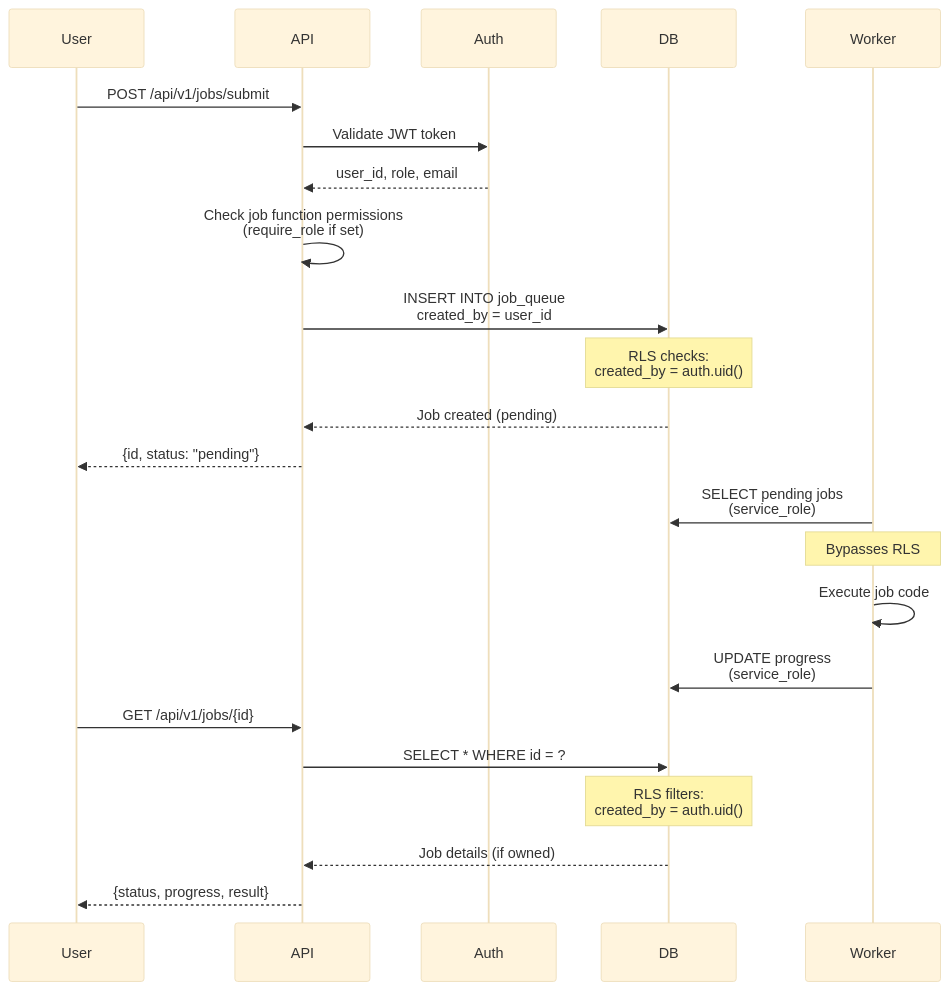
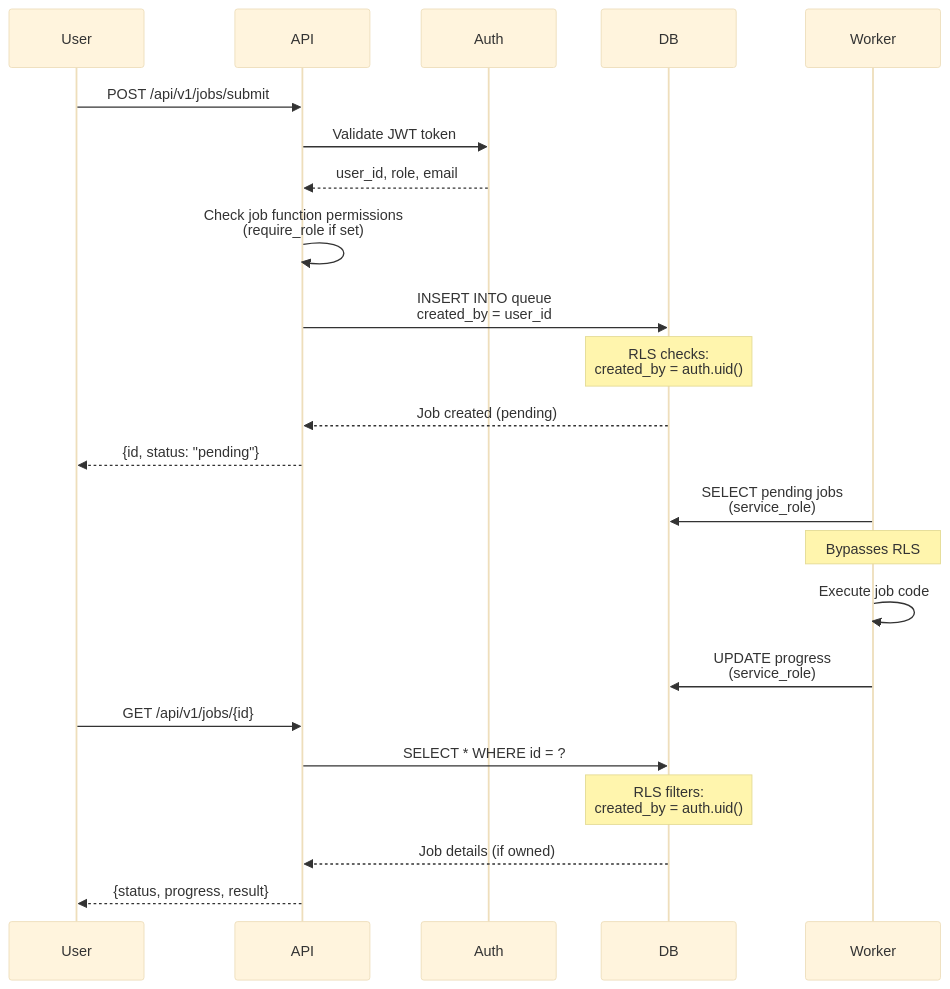
One commit to wayli-app/fluxbase changed the sixth of 6 diagrams in docs/docs/guides/jobs.md. Above: the diagram before and after it, drawn with Mermaid (base theme). The commit also changed other lines of this file and 88 other files, not shown here.

````diff
--- a/docs/docs/guides/jobs.md
+++ b/docs/docs/guides/jobs.md
@@ -776,28 +776,28 @@
 ```mermaid
 sequenceDiagram
     participant User
     participant API
     participant Auth
     participant DB
     participant Worker
 
     User->>API: POST /api/v1/jobs/submit
     API->>Auth: Validate JWT token
     Auth-->>API: user_id, role, email
     API->>API: Check job function permissions<br/>(require_role if set)
-    API->>DB: INSERT INTO job_queue<br/>created_by = user_id
+    API->>DB: INSERT INTO queue<br/>created_by = user_id
     Note over DB: RLS checks:<br/>created_by = auth.uid()
     DB-->>API: Job created (pending)
     API-->>User: {id, status: "pending"}
 
     Worker->>DB: SELECT pending jobs<br/>(service_role)
     Note over Worker: Bypasses RLS
     Worker->>Worker: Execute job code
     Worker->>DB: UPDATE progress<br/>(service_role)
 
     User->>API: GET /api/v1/jobs/{id}
     API->>DB: SELECT * WHERE id = ?
     Note over DB: RLS filters:<br/>created_by = auth.uid()
     DB-->>API: Job details (if owned)
     API-->>User: {status, progress, result}
 ```
````
